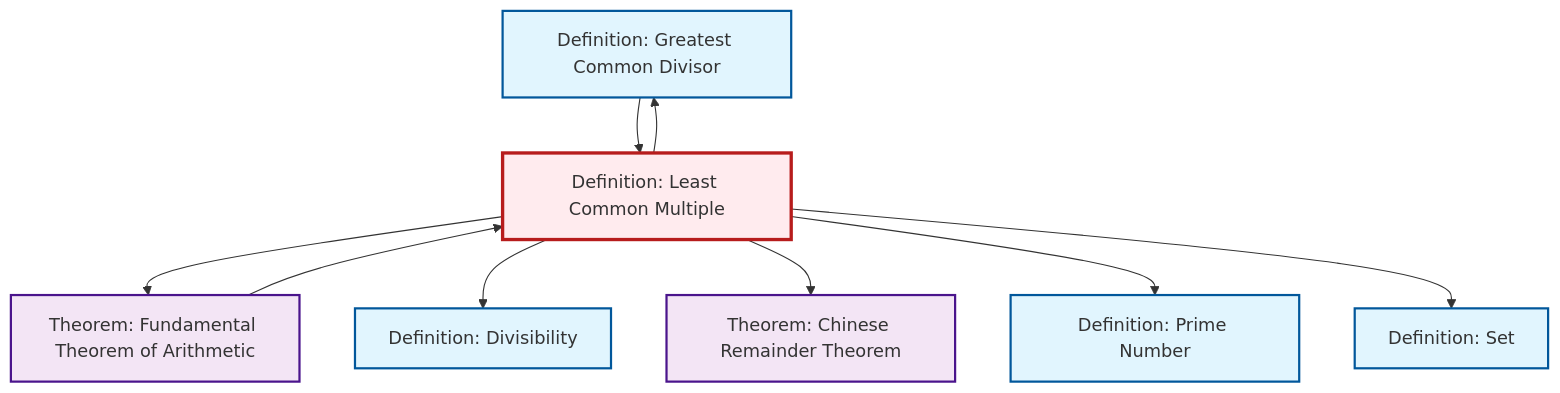
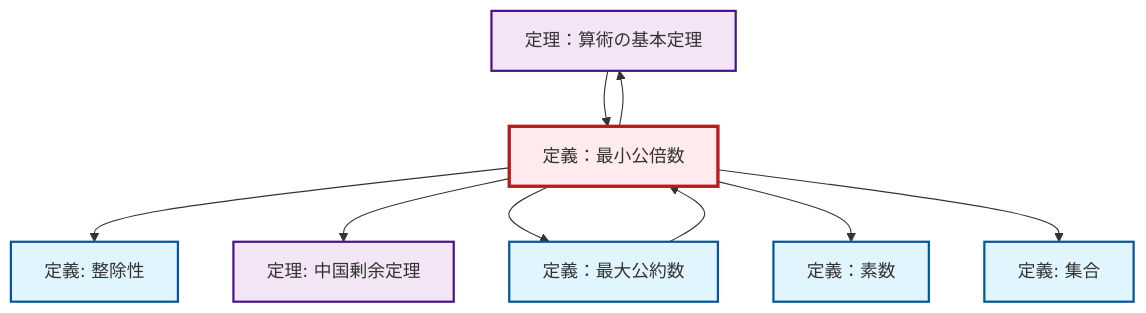
Before and after one commit to RK0429/ModernMath: the diagram in content/ja/number-theory/def-lcm.qmd, drawn with Mermaid. The commit also changed 1069 other files, not shown here.

````diff
--- a/content/ja/number-theory/def-lcm.qmd
+++ b/content/ja/number-theory/def-lcm.qmd
@@ -84,31 +84,31 @@
 ```{mermaid}
 %%| fig-cap: "Local dependency graph"
 graph TD
     classDef definition fill:#e1f5fe,stroke:#01579b,stroke-width:2px
     classDef theorem fill:#f3e5f5,stroke:#4a148c,stroke-width:2px
     classDef axiom fill:#fff3e0,stroke:#e65100,stroke-width:2px
     classDef example fill:#e8f5e9,stroke:#1b5e20,stroke-width:2px
     classDef current fill:#ffebee,stroke:#b71c1c,stroke-width:3px
-    thm-chinese-remainder["Theorem: Chinese Remainder Theorem"]:::theorem
-    def-set["Definition: Set"]:::definition
-    def-gcd["Definition: Greatest Common Divisor"]:::definition
-    def-divisibility["Definition: Divisibility"]:::definition
-    thm-fundamental-arithmetic["Theorem: Fundamental Theorem of Arithmetic"]:::theorem
-    def-lcm["Definition: Least Common Multiple"]:::definition
-    def-prime["Definition: Prime Number"]:::definition
-    def-gcd --> def-lcm
-    def-lcm --> thm-fundamental-arithmetic
+    def-divisibility["定義: 整除性"]:::definition
+    def-set["定義: 集合"]:::definition
+    thm-fundamental-arithmetic["定理：算術の基本定理"]:::theorem
+    thm-chinese-remainder["定理: 中国剰余定理"]:::theorem
+    def-gcd["定義：最大公約数"]:::definition
+    def-lcm["定義：最小公倍数"]:::definition
+    def-prime["定義：素数"]:::definition
+    thm-fundamental-arithmetic --> def-lcm
     def-lcm --> def-divisibility
     def-lcm --> thm-chinese-remainder
     def-lcm --> def-gcd
     def-lcm --> def-prime
     def-lcm --> def-set
-    thm-fundamental-arithmetic --> def-lcm
+    def-lcm --> thm-fundamental-arithmetic
+    def-gcd --> def-lcm
     class def-lcm current
-    click thm-chinese-remainder "thm-chinese-remainder.html" "Theorem: Chinese Remainder Theoremへ"
-    click def-set "def-set.html" "Definition: Setへ"
-    click def-gcd "def-gcd.html" "Definition: Greatest Common Divisorへ"
-    click def-divisibility "def-divisibility.html" "Definition: Divisibilityへ"
-    click thm-fundamental-arithmetic "thm-fundamental-arithmetic.html" "Theorem: Fundamental Theorem of Arithmeticへ"
-    click def-prime "def-prime.html" "Definition: Prime Numberへ"
+    click def-divisibility "def-divisibility.html" "整除性の定義へ"
+    click def-set "def-set.html" "集合の定義へ"
+    click thm-fundamental-arithmetic "thm-fundamental-arithmetic.html" "定理：算術の基本定理へ"
+    click thm-chinese-remainder "thm-chinese-remainder.html" "中国剰余定理の定理へ"
+    click def-gcd "def-gcd.html" "定義：最大公約数へ"
+    click def-prime "def-prime.html" "定義：素数へ"
 ```
````
